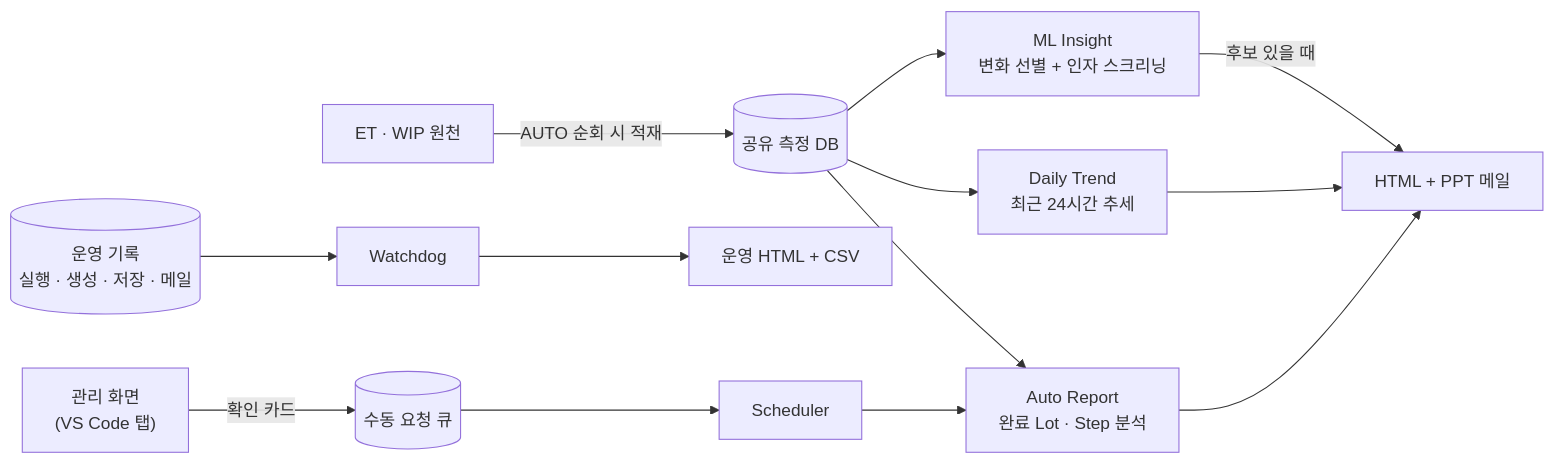
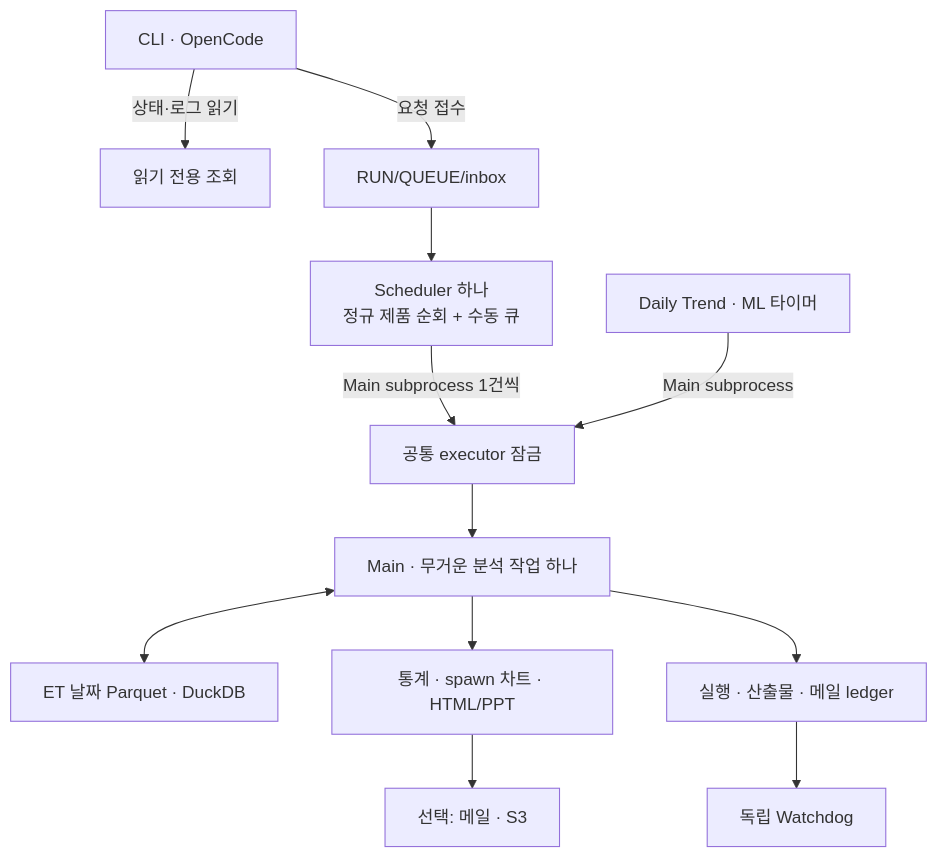
One commit to goood2280/Auto_report changed the second of 2 diagrams in README.md. Above: the diagram before and after it, drawn with Mermaid. The commit also changed other lines of this file and 33 other files, not shown here.

Commit message:
Harden scheduler execution and document Auto Report workflow

````diff
--- a/README.md
+++ b/README.md
@@ -38,15 +116,14 @@
 ```mermaid
-flowchart LR
-    ET["ET · WIP 원천"] -->|AUTO 순회 시 적재| DB[("공유 측정 DB")]
-    DB --> A["Auto Report<br/>완료 Lot · Step 분석"]
-    DB --> D["Daily Trend<br/>최근 24시간 추세"]
-    DB --> M["ML Insight<br/>변화 선별 + 인자 스크리닝"]
-    A --> R["HTML + PPT 메일"]
-    D --> R
-    M -->|후보 있을 때| R
-    OPS[("운영 기록<br/>실행 · 생성 · 저장 · 메일")] --> W["Watchdog"]
-    W --> O["운영 HTML + CSV"]
-    UI["관리 화면<br/>(VS Code 탭)"] -->|확인 카드| Q[("수동 요청 큐")]
-    Q --> S["Scheduler"]
-    S --> A
+flowchart TD
+    USER["CLI · OpenCode"] -->|상태·로그 읽기| STATUS["읽기 전용 조회"]
+    USER -->|요청 접수| INBOX["RUN/QUEUE/inbox"]
+    INBOX --> S["Scheduler 하나<br/>정규 제품 순회 + 수동 큐"]
+    S -->|Main subprocess 1건씩| GATE["공통 executor 잠금"]
+    TIMER["Daily Trend · ML 타이머"] -->|Main subprocess| GATE
+    GATE --> MAIN["Main · 무거운 분석 작업 하나"]
+    MAIN <--> DB["ET 날짜 Parquet · DuckDB"]
+    MAIN --> REPORT["통계 · spawn 차트 · HTML/PPT"]
+    REPORT --> SEND["선택: 메일 · S3"]
+    MAIN --> OPS["실행 · 산출물 · 메일 ledger"]
+    OPS --> WATCH["독립 Watchdog"]
 ```
````
